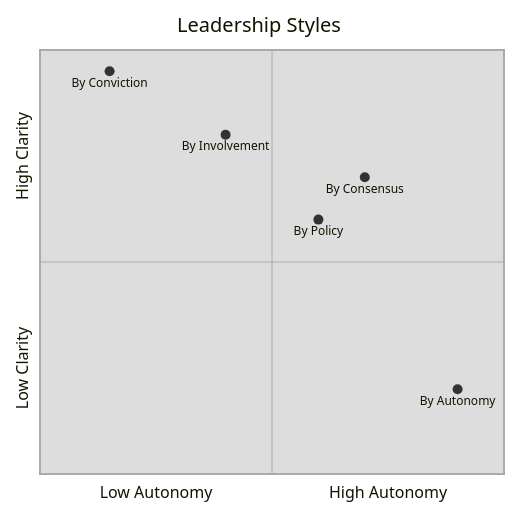
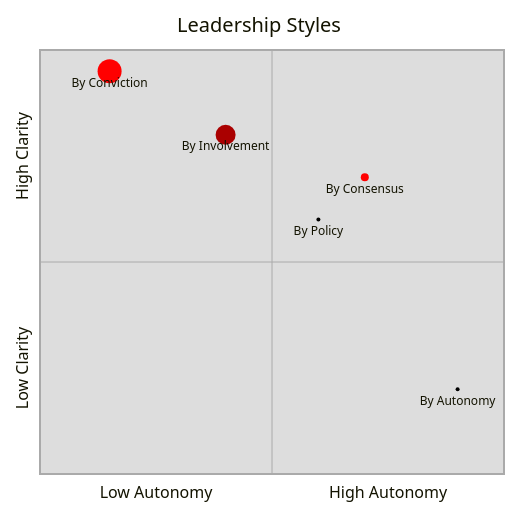
The diagram in _drafts/autonomy-vs-clarity.md (bejayoharen/bjorg.github.io), drawn with Mermaid before and after one commit. The commit also changed other lines of this file and 1 other file, not shown here.

Commit message:
revisions to autonomy vs clarity

```diff
--- a/_drafts/autonomy-vs-clarity.md
+++ b/_drafts/autonomy-vs-clarity.md
@@ -16,22 +16,23 @@
 <div style="margin: 1em auto; text-align: center; max-width:900px;" class="mermaid">
 ---
 config:
     quadrantChart:
     themeVariables:
         quadrant1Fill: "#ddd"
         quadrant2Fill: "#ddd"
         quadrant3Fill: "#ddd"
         quadrant4Fill: "#ddd"
         quadrantInternalBorderStrokeFill: "#aaa"
         quadrantExternalBorderStrokeFill: "#aaaaaa"
 ---
 quadrantChart
     title Leadership Styles
     x-axis Low Autonomy --> High Autonomy
     y-axis Low Clarity --> High Clarity
-    By Autonomy: [0.9, 0.2]
-    By Involvement: [0.4, 0.8]
-    By Conviction: [0.15, 0.95]
-    By Policy: [0.6, 0.6]
-    By Consensus: [0.7, 0.7]
+    By Autonomy:::dot: [0.9, 0.2] radius: 2, color:#000000
+    By Involvement:::dot: [0.4, 0.8] radius: 10, color:#aa0000
+    By Conviction:::dot: [0.15, 0.95] radius: 12, color:#ff0000
+    By Policy:::dot: [0.6, 0.6] radius: 2, color:#000000
+    By Consensus:::dot: [0.7, 0.7] radius: 4, color:#ff0000
+    classDef dot stroke-color:#000000, stroke-width: 0px
 </div>
```
